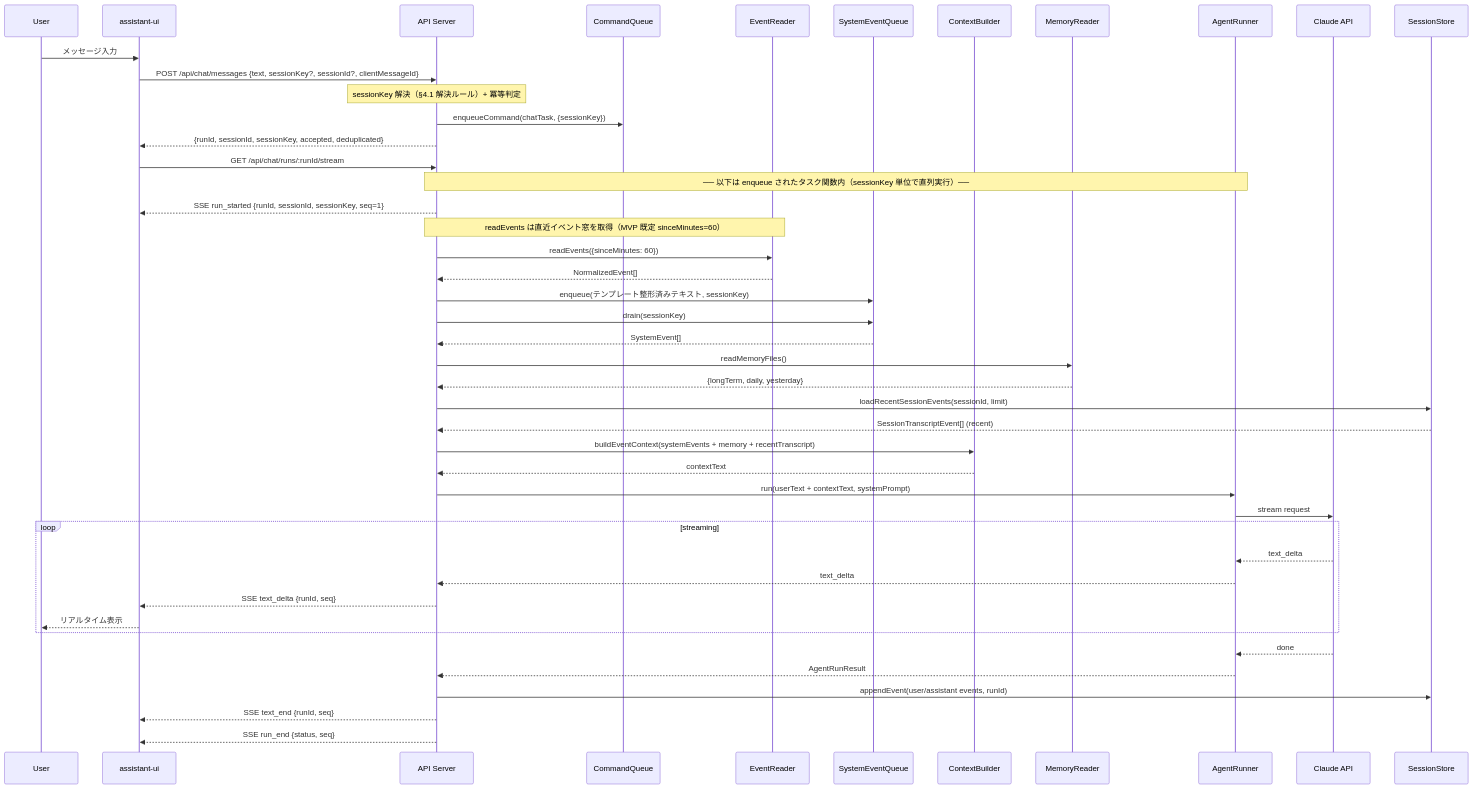
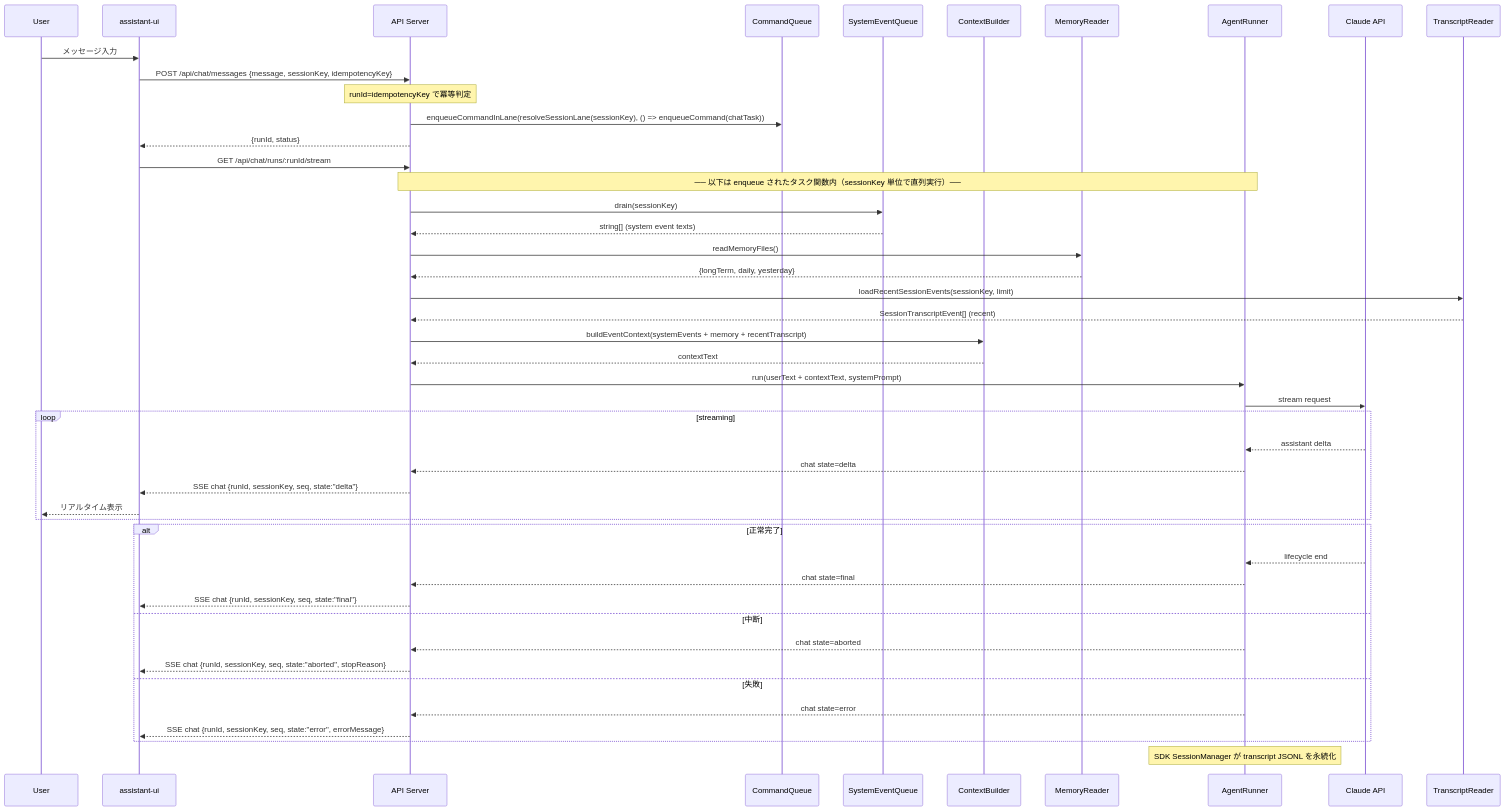
One commit to masahide/adjutant changed the third of 5 diagrams in doc/plan/260214-s01-ai-assistant-mvp.md. Above: the diagram before and after it, drawn with Mermaid. The commit also changed other lines of this file, not shown here.

````diff
--- a/doc/plan/260214-s01-ai-assistant-mvp.md
+++ b/doc/plan/260214-s01-ai-assistant-mvp.md
@@ -1061,52 +1050,53 @@
 ```mermaid
 sequenceDiagram
     participant User
     participant UI as assistant-ui
     participant API as API Server
     participant CQ as CommandQueue
-    participant ER as EventReader
     participant SEQ as SystemEventQueue
     participant CB as ContextBuilder
     participant MR as MemoryReader
     participant AR as AgentRunner
     participant LLM as Claude API
-    participant SS as SessionStore
+    participant TR as TranscriptReader
 
     User->>UI: メッセージ入力
-    UI->>API: POST /api/chat/messages {text, sessionKey?, sessionId?, clientMessageId}
+    UI->>API: POST /api/chat/messages {message, sessionKey, idempotencyKey}
 
-    Note over API: sessionKey 解決（§4.1 解決ルール）+ 冪等判定
+    Note over API: runId=idempotencyKey で冪等判定
 
-    API->>CQ: enqueueCommand(chatTask, {sessionKey})
-    API-->>UI: {runId, sessionId, sessionKey, accepted, deduplicated}
+    API->>CQ: enqueueCommandInLane(resolveSessionLane(sessionKey), () => enqueueCommand(chatTask))
+    API-->>UI: {runId, status}
     UI->>API: GET /api/chat/runs/:runId/stream
 
     Note over API,AR: ── 以下は enqueue されたタスク関数内（sessionKey 単位で直列実行）──
 
-    API-->>UI: SSE run_started {runId, sessionId, sessionKey, seq=1}
-    Note over API,ER: readEvents は直近イベント窓を取得（MVP 既定 sinceMinutes=60）
-    API->>ER: readEvents({sinceMinutes: 60})
-    ER-->>API: NormalizedEvent[]
-    API->>SEQ: enqueue(テンプレート整形済みテキスト, sessionKey)
     API->>SEQ: drain(sessionKey)
-    SEQ-->>API: SystemEvent[]
+    SEQ-->>API: string[] (system event texts)
     API->>MR: readMemoryFiles()
     MR-->>API: {longTerm, daily, yesterday}
-    API->>SS: loadRecentSessionEvents(sessionId, limit)
-    SS-->>API: SessionTranscriptEvent[] (recent)
+    API->>TR: loadRecentSessionEvents(sessionKey, limit)
+    TR-->>API: SessionTranscriptEvent[] (recent)
     API->>CB: buildEventContext(systemEvents + memory + recentTranscript)
     CB-->>API: contextText
     API->>AR: run(userText + contextText, systemPrompt)
     AR->>LLM: stream request
     loop streaming
-        LLM-->>AR: text_delta
-        AR-->>API: text_delta
-        API-->>UI: SSE text_delta {runId, seq}
+        LLM-->>AR: assistant delta
+        AR-->>API: chat state=delta
+        API-->>UI: SSE chat {runId, sessionKey, seq, state:"delta"}
         UI-->>User: リアルタイム表示
     end
-    LLM-->>AR: done
-    AR-->>API: AgentRunResult
-    API->>SS: appendEvent(user/assistant events, runId)
-    API-->>UI: SSE text_end {runId, seq}
-    API-->>UI: SSE run_end {status, seq}
+    alt 正常完了
+        LLM-->>AR: lifecycle end
+        AR-->>API: chat state=final
+        API-->>UI: SSE chat {runId, sessionKey, seq, state:"final"}
+    else 中断
+        AR-->>API: chat state=aborted
+        API-->>UI: SSE chat {runId, sessionKey, seq, state:"aborted", stopReason}
+    else 失敗
+        AR-->>API: chat state=error
+        API-->>UI: SSE chat {runId, sessionKey, seq, state:"error", errorMessage}
+    end
+    Note over AR: SDK SessionManager が transcript JSONL を永続化
 ```
````
